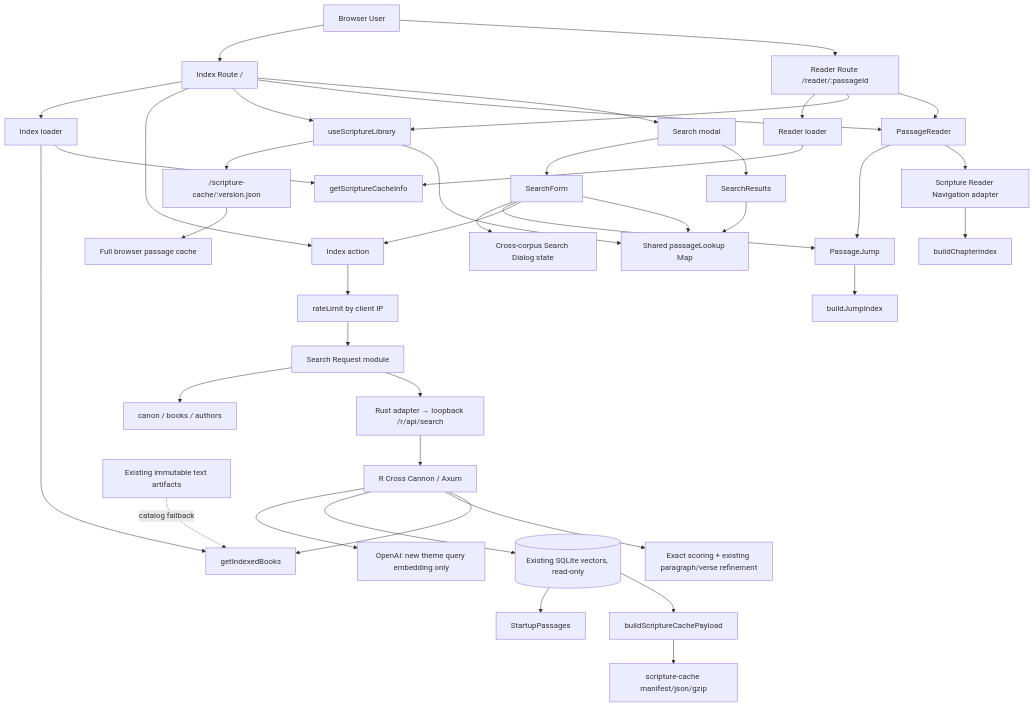
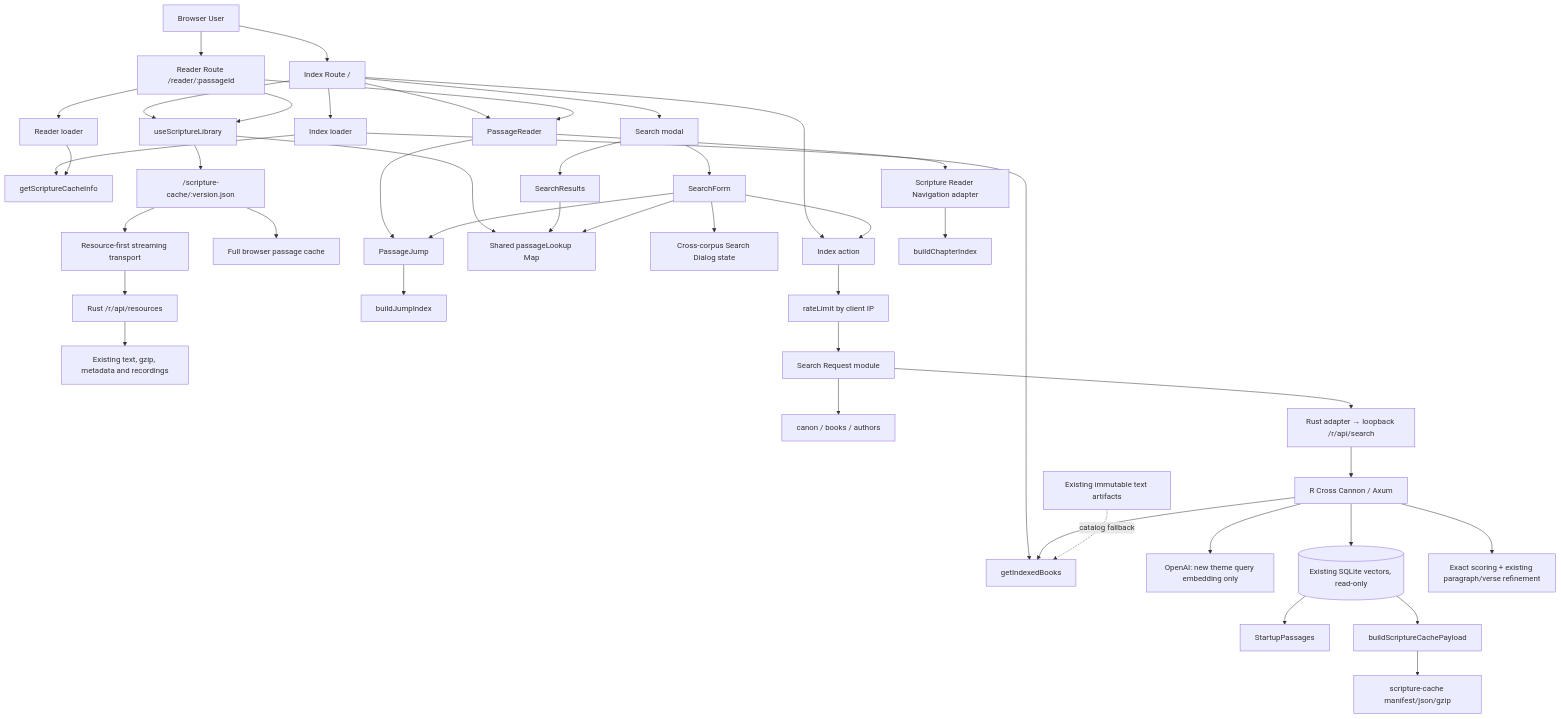
Before and after one commit to jacksonStone/cross-cannon: the first of 5 diagrams in docs/architecture.md, drawn with Mermaid. The commit also changed other lines of this file and 25 other files, not shown here.

Commit message:
Serve non-React resource routes through Rust

````diff
--- a/docs/architecture.md
+++ b/docs/architecture.md
@@ -29,52 +29,55 @@
 ```mermaid
 flowchart TD
   User["Browser User"] --> Root["Index Route /"]
   User --> ReaderRoute["Reader Route /reader/:passageId"]
 
   Root --> Loader[Index loader]
   Root --> Action[Index action]
   ReaderRoute --> ReaderLoader[Reader loader]
 
   Loader --> IndexedBooks[getIndexedBooks]
   Loader --> CacheInfo[getScriptureCacheInfo]
   ReaderLoader --> CacheInfo
 
   Root --> ScriptureLibrary[useScriptureLibrary]
   ReaderRoute --> ScriptureLibrary
 
   ScriptureLibrary --> BrowserCache["/scripture-cache/:version.json"]
   BrowserCache --> FullPassageCache["Full browser passage cache"]
+  BrowserCache --> ResourceBridge["Resource-first streaming transport"]
+  ResourceBridge --> RustResources["Rust /r/api/resources"]
+  RustResources --> ExistingFiles["Existing text, gzip, metadata and recordings"]
   ScriptureLibrary --> PassageLookup["Shared passageLookup Map"]
 
   Root --> PassageReader[PassageReader]
   Root --> SearchModal[Search modal]
   ReaderRoute --> PassageReader
 
   SearchModal --> SearchForm[SearchForm]
   SearchModal --> SearchResults[SearchResults]
   SearchForm --> SearchDialogState[Cross-corpus Search Dialog state]
   PassageReader --> PassageJump[PassageJump]
   SearchForm --> PassageJump
 
   SearchForm --> Action
   SearchResults --> PassageLookup
   SearchForm --> PassageLookup
   PassageReader --> ScriptureNavigation[Scripture Reader Navigation adapter]
   ScriptureNavigation --> ChapterIndex[buildChapterIndex]
   PassageJump --> JumpIndex[buildJumpIndex]
 
   Action --> RateLimit[rateLimit by client IP]
   RateLimit --> SearchRequest[Search Request module]
   SearchRequest --> Filters[canon / books / authors]
   SearchRequest --> SearchEngine["Rust adapter → loopback /r/api/search"]
 
   SearchEngine --> Rust["R Cross Cannon / Axum"]
   Rust --> OpenAI["OpenAI: new theme query embedding only"]
   Rust --> DB[("Existing SQLite vectors, read-only")]
   Rust --> Vector["Exact scoring + existing paragraph/verse refinement"]
   Rust --> IndexedBooks
   TextArtifacts["Existing immutable text artifacts"] -. catalog fallback .-> IndexedBooks
   DB --> StartupPassages
   DB --> CacheBuild[buildScriptureCachePayload]
   CacheBuild --> StaticCache["scripture-cache manifest/json/gzip"]
 ```
````
